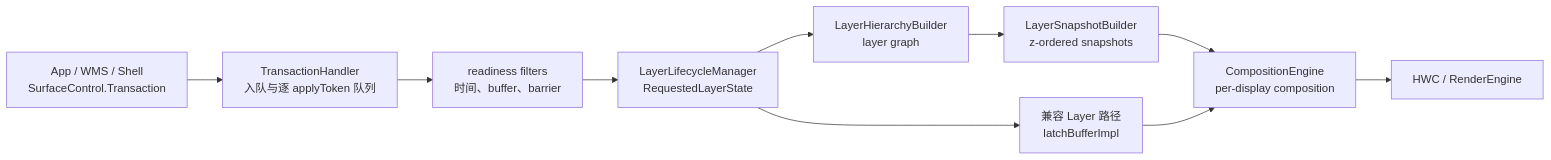
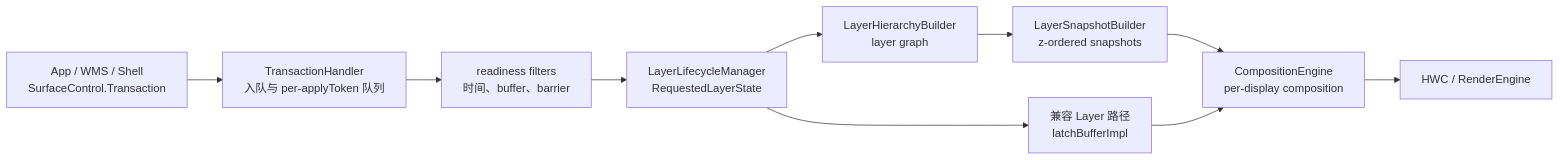
One commit to Gracker/android-internals-wiki changed the diagram in src/part1-fundamentals/ch02-rendering/22-surfaceflinger-frontend-requestedlayerstate.md. Above: the diagram before and after it, drawn with Mermaid. The commit also changed other lines of this file and 4 other files, not shown here.

````diff
--- a/src/part1-fundamentals/ch02-rendering/22-surfaceflinger-frontend-requestedlayerstate.md
+++ b/src/part1-fundamentals/ch02-rendering/22-surfaceflinger-frontend-requestedlayerstate.md
@@ -72,19 +72,19 @@
 ```mermaid
 flowchart LR
     Client["App / WMS / Shell<br/>SurfaceControl.Transaction"]
-    Queue["TransactionHandler<br/>入队与逐 applyToken 队列"]
+    Queue["TransactionHandler<br/>入队与 per-applyToken 队列"]
     Ready["readiness filters<br/>时间、buffer、barrier"]
     State["LayerLifecycleManager<br/>RequestedLayerState"]
     Graph["LayerHierarchyBuilder<br/>layer graph"]
     Snapshot["LayerSnapshotBuilder<br/>z-ordered snapshots"]
     Latch["兼容 Layer 路径<br/>latchBufferImpl"]
     Compose["CompositionEngine<br/>per-display composition"]
     HWC["HWC / RenderEngine"]
 
     Client --> Queue --> Ready --> State
     State --> Graph --> Snapshot
     State --> Latch
     Snapshot --> Compose
     Latch --> Compose
     Compose --> HWC
 ```
````
